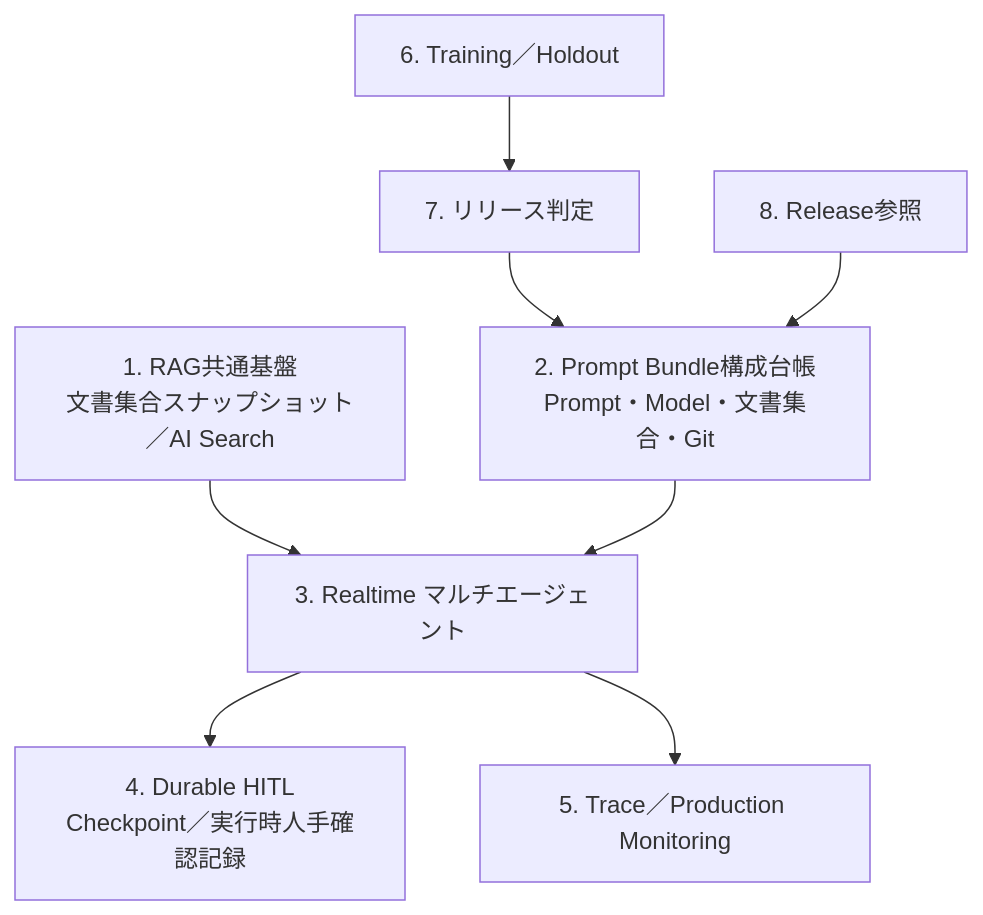
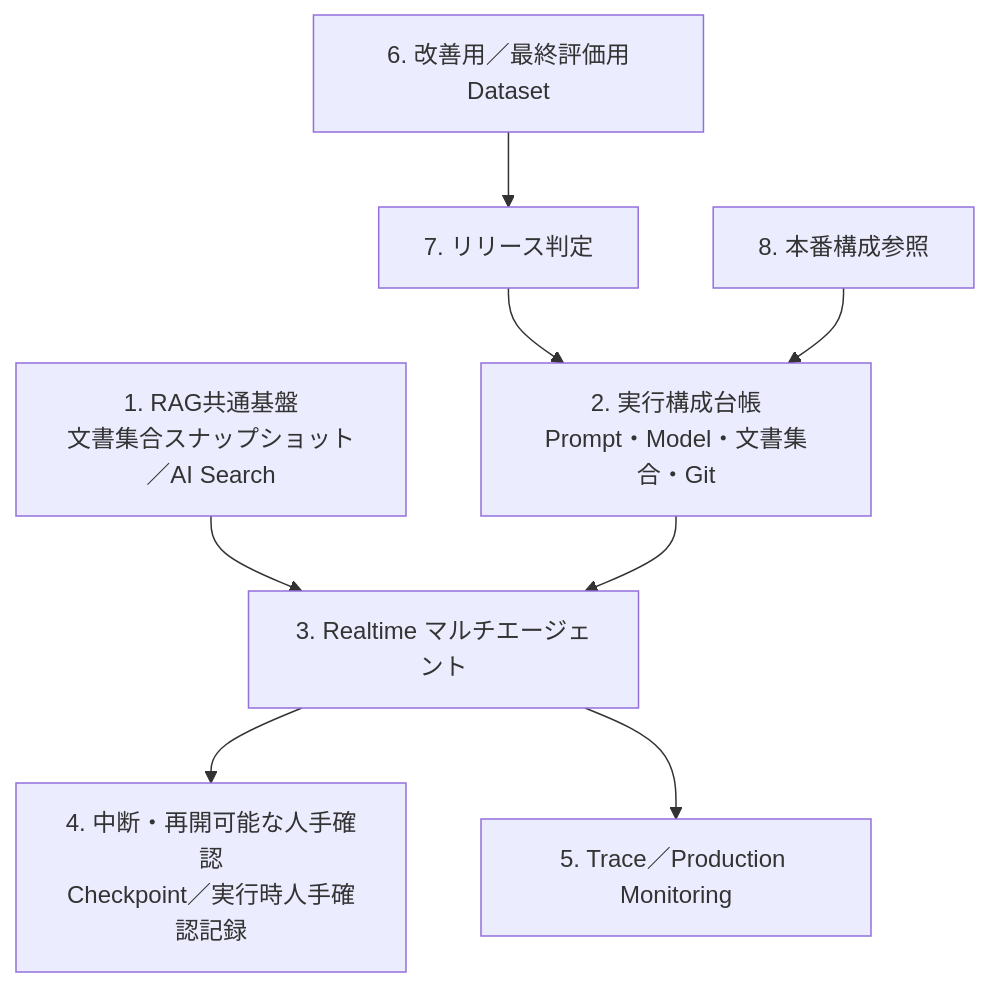
Before and after one commit to junTaniguchi/llm_ops: the tenth of 18 diagrams in 技術レポート作成マルチエージェント_完成版.md, drawn with Mermaid. The commit also changed other lines of this file, not shown here.

````diff
--- a/技術レポート作成マルチエージェント_完成版.md
+++ b/技術レポート作成マルチエージェント_完成版.md
@@ -2311,9 +2635,9 @@
 ```mermaid
 flowchart TD
     RAG["1. RAG共通基盤<br/>文書集合スナップショット／AI Search"] --> G["3. Realtime マルチエージェント"]
-    PB["2. Prompt Bundle構成台帳<br/>Prompt・Model・文書集合・Git"] --> G
-    G --> HITL["4. Durable HITL<br/>Checkpoint／実行時人手確認記録"]
+    PB["2. 実行構成台帳<br/>Prompt・Model・文書集合・Git"] --> G
+    G --> 人手確認["4. 中断・再開可能な人手確認<br/>Checkpoint／実行時人手確認記録"]
     G --> TRACE["5. Trace／Production Monitoring"]
-    HOLD["6. Training／Holdout"] --> GATE["7. リリース判定"] --> PB
-    REF["8. Release参照"] --> PB
+    HOLD["6. 改善用／最終評価用Dataset"] --> GATE["7. リリース判定"] --> PB
+    REF["8. 本番構成参照"] --> PB
 ```
````
